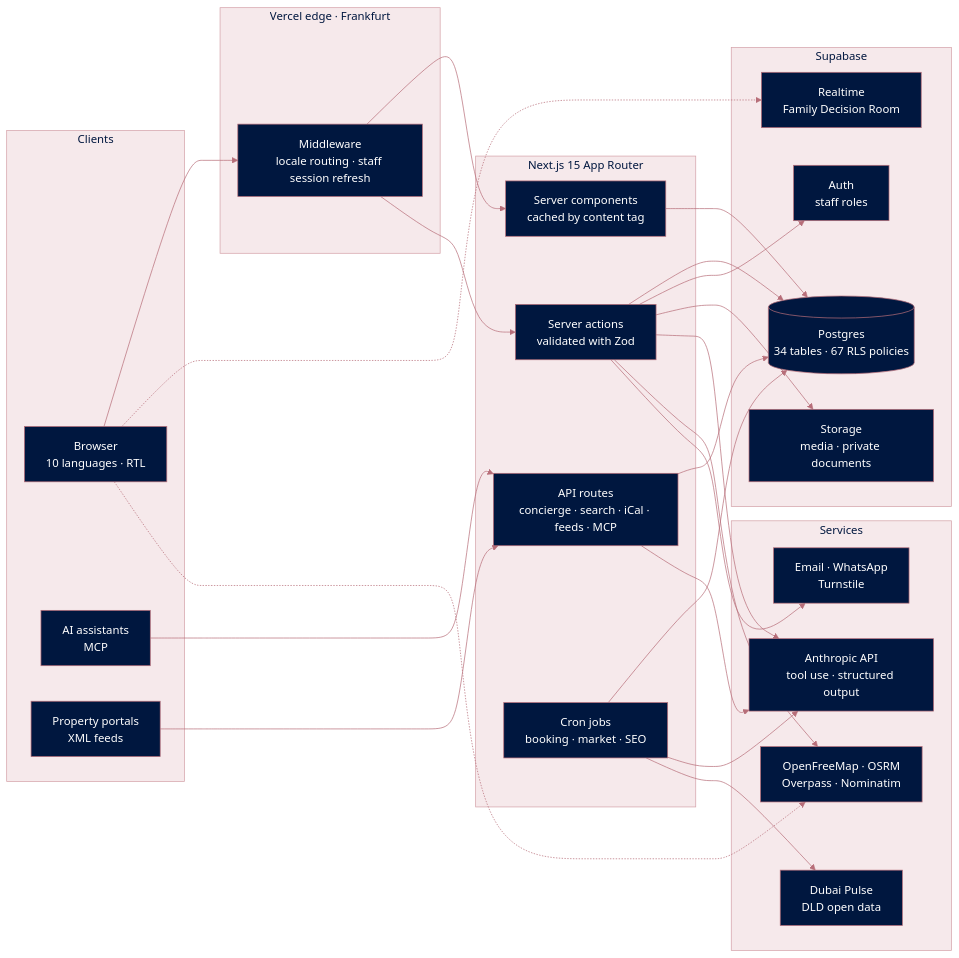
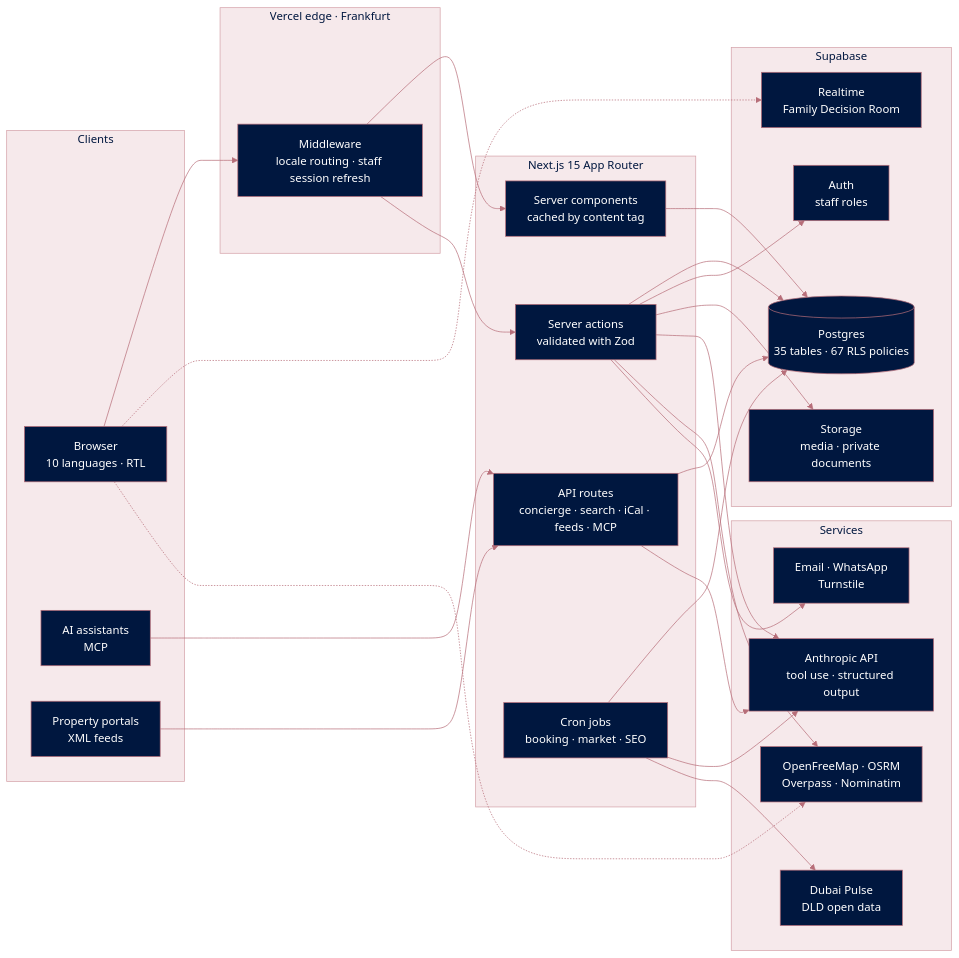
Before and after one commit to THS001/build-caps-website-and-software-: the second of 9 diagrams in README.md, drawn with Mermaid. The commit also changed other lines of this file and 7 other files, not shown here.

````diff
--- a/README.md
+++ b/README.md
@@ -179,48 +179,48 @@
 ```mermaid
 %%{init: {"theme": "base", "themeVariables": {"fontFamily": "Inter, Segoe UI, Helvetica, Arial, sans-serif", "primaryColor": "#00173f", "primaryTextColor": "#ffffff", "primaryBorderColor": "#b76e79", "lineColor": "#b76e79", "clusterBkg": "#f6e9eb", "clusterBorder": "#d4a1a8", "titleColor": "#00173f", "edgeLabelBackground": "#f0ede7"}}}%%
 flowchart LR
     subgraph C["Clients"]
         BR["Browser<br/>10 languages · RTL"]
         AS["AI assistants<br/>MCP"]
         PO["Property portals<br/>XML feeds"]
     end
     subgraph E["Vercel edge · Frankfurt"]
         MW["Middleware<br/>locale routing · staff session refresh"]
     end
     subgraph A["Next.js 15 App Router"]
         RSC["Server components<br/>cached by content tag"]
         ACT["Server actions<br/>validated with Zod"]
         API["API routes<br/>concierge · search · iCal · feeds · MCP"]
         CRON["Cron jobs<br/>booking · market · SEO"]
     end
     subgraph S["Supabase"]
-        PG[("Postgres<br/>34 tables · 67 RLS policies")]
+        PG[("Postgres<br/>35 tables · 67 RLS policies")]
         AUTH["Auth<br/>staff roles"]
         STO["Storage<br/>media · private documents"]
         RT["Realtime<br/>Family Decision Room"]
     end
     subgraph X["Services"]
         LLM["Anthropic API<br/>tool use · structured output"]
         GEO["OpenFreeMap · OSRM<br/>Overpass · Nominatim"]
         DLD["Dubai Pulse<br/>DLD open data"]
         MSG["Email · WhatsApp<br/>Turnstile"]
     end
     BR --> MW --> RSC
     MW --> ACT
     AS --> API
     PO --> API
     RSC --> PG
     ACT --> PG
     ACT --> AUTH
     ACT --> STO
     API --> PG
     CRON --> PG
     BR -.-> RT
     ACT --> LLM
     API --> LLM
     CRON --> LLM
     ACT --> GEO
     BR -.-> GEO
     CRON --> DLD
     ACT --> MSG
 ```
````
